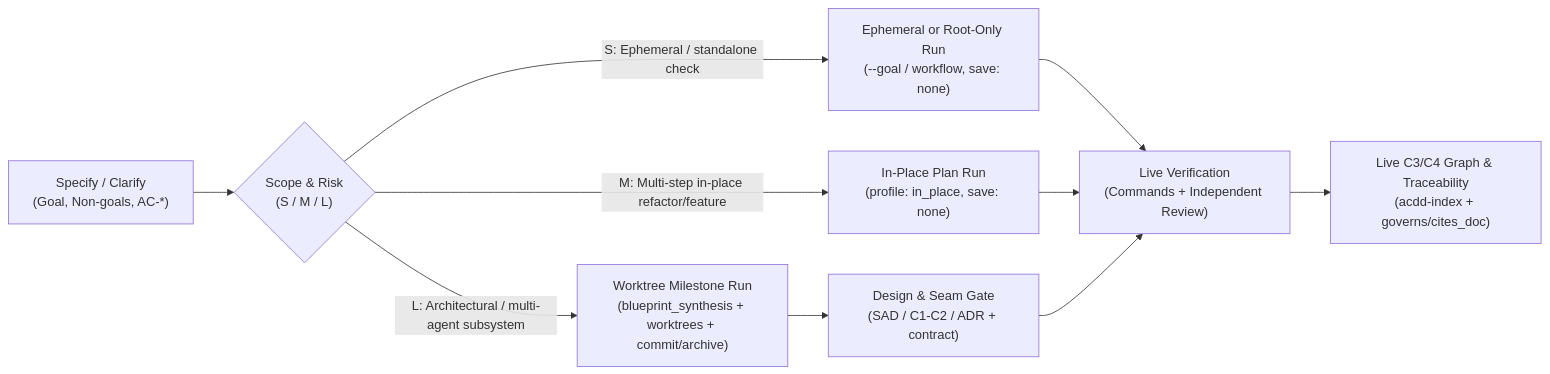
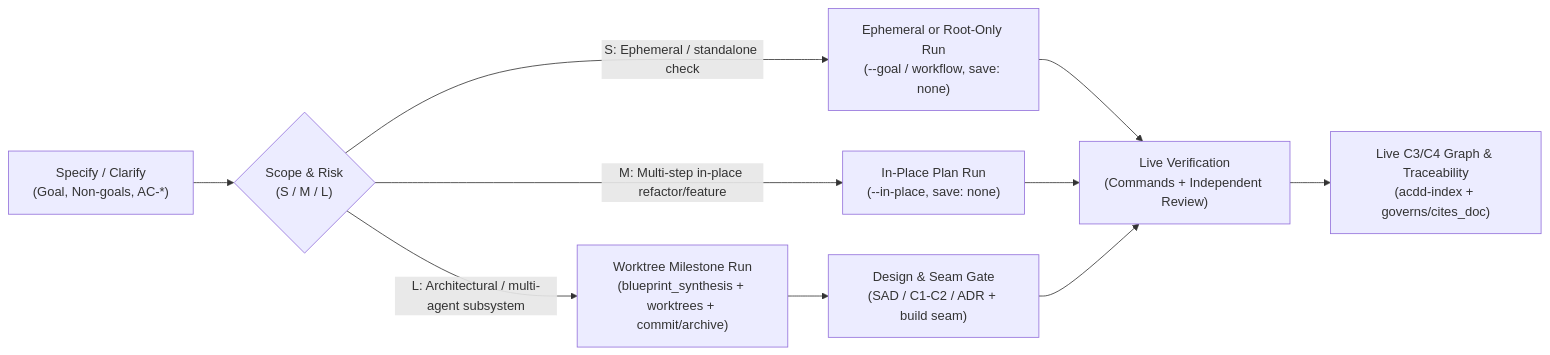
The diagram in docs/architecture/specification-and-design-lifecycle.md (ContextUnity/contextunity-acdd), drawn with Mermaid before and after one commit. The commit also changed other lines of this file and 120 other files, not shown here.

````diff
--- a/docs/architecture/specification-and-design-lifecycle.md
+++ b/docs/architecture/specification-and-design-lifecycle.md
@@ -40,12 +40,12 @@
 ```mermaid
 flowchart LR
   Spec["Specify / Clarify<br/>(Goal, Non-goals, AC-*)"] --> Triage{"Scope & Risk<br/>(S / M / L)"}
   Triage -->|"S: Ephemeral / standalone check"| WF["Ephemeral or Root-Only Run<br/>(--goal / workflow, save: none)"]
-  Triage -->|"M: Multi-step in-place refactor/feature"| PL["In-Place Plan Run<br/>(profile: in_place, save: none)"]
+  Triage -->|"M: Multi-step in-place refactor/feature"| PL["In-Place Plan Run<br/>(--in-place, save: none)"]
   Triage -->|"L: Architectural / multi-agent subsystem"| MS["Worktree Milestone Run<br/>(blueprint_synthesis + worktrees + commit/archive)"]
   WF --> Verify["Live Verification<br/>(Commands + Independent Review)"]
   PL --> Verify
-  MS --> Graph["Design & Seam Gate<br/>(SAD / C1-C2 / ADR + contract)"]
+  MS --> Graph["Design & Seam Gate<br/>(SAD / C1-C2 / ADR + build seam)"]
   Graph --> Verify
   Verify --> C34["Live C3/C4 Graph & Traceability<br/>(acdd-index + governs/cites_doc)"]
 ```
````
